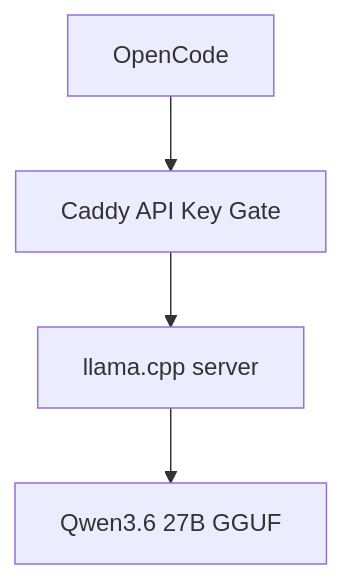
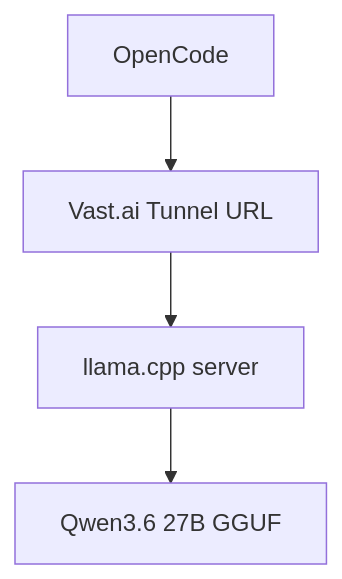
One commit to Pukujan/private-study-log changed the first of 3 diagrams in Projects/vastai/how-to-run-server.md. Above: the diagram before and after it, drawn with Mermaid. The commit also changed other lines of this file, not shown here.

````diff
--- a/Projects/vastai/how-to-run-server.md
+++ b/Projects/vastai/how-to-run-server.md
@@ -18,6 +18,6 @@
 ```mermaid
 flowchart TB
-    A[OpenCode] --> B[Caddy API Key Gate]
+    A[OpenCode] --> B[Vast.ai Tunnel URL]
     B --> C[llama.cpp server]
     C --> D[Qwen3.6 27B GGUF]
 ```
````
